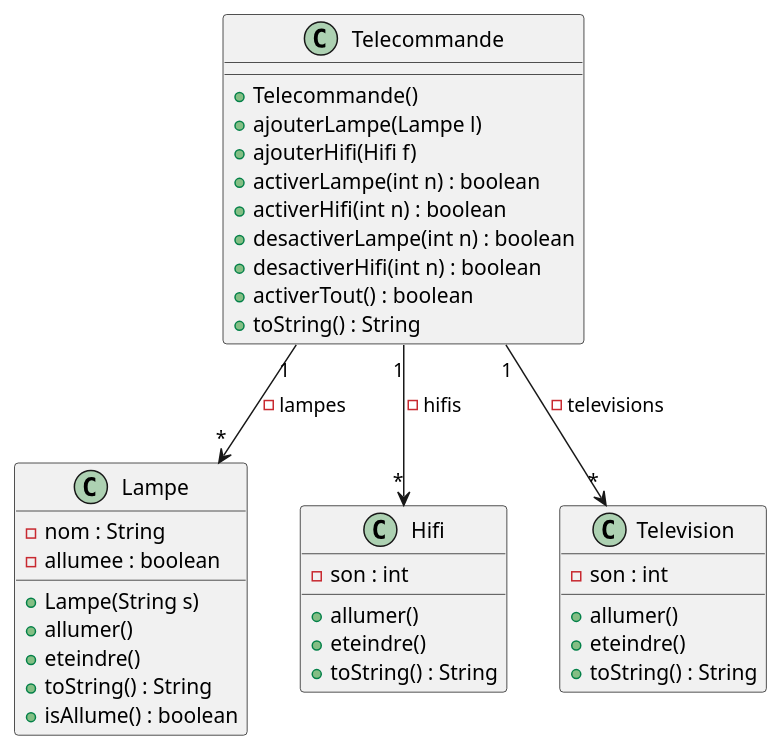
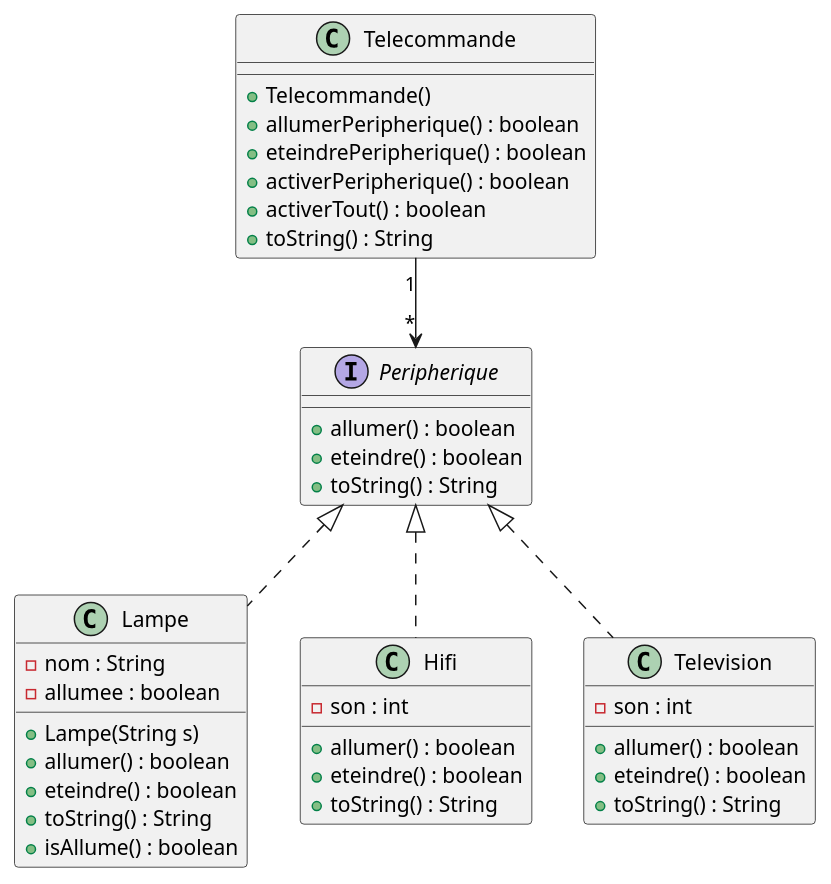
One commit to KeasCrimson/2026_coo_domotique.chaty.delvaux changed the diagram in TD04_delvaux_thomas/TD04.plantuml. Above: the diagram before and after it, drawn with PlantUML. The commit also changed 1 other file, not shown here.

Commit message:
Ajout du planteuml et de peripherique.java

```diff
--- a/TD04_delvaux_thomas/TD04.plantuml
+++ b/TD04_delvaux_thomas/TD04.plantuml
@@ -1,43 +1,46 @@
 @startuml
 
 '''class
 class Telecommande {
   + Telecommande()
-  + ajouterLampe(Lampe l)
-  + ajouterHifi(Hifi f)
-  + activerLampe(int n) : boolean
-  + activerHifi(int n) : boolean
-  + desactiverLampe(int n) : boolean
-  + desactiverHifi(int n) : boolean
+  + allumerPeripherique() : boolean
+  + eteindrePeripherique() : boolean
+  + activerPeripherique() : boolean
   + activerTout() : boolean
   + toString() : String
 }
 class Lampe {
   - nom : String
   - allumee : boolean
   + Lampe(String s)
-  + allumer()
-  + eteindre()
+  + allumer() : boolean
+  + eteindre() : boolean
   + toString() : String
   + isAllume() : boolean
 }
 
 class Hifi {
   - son : int
-  + allumer()
-  + eteindre()
+  + allumer() : boolean
+  + eteindre() : boolean
   + toString() : String
 }
 
 class Television {
   - son : int
-  + allumer()
-  + eteindre()
+  + allumer() : boolean
+  + eteindre() : boolean
+  + toString() : String
+}
+interface Peripherique {
+  + allumer() : boolean
+  + eteindre() : boolean
   + toString() : String
 }
 
 ''' relation
-Telecommande "1" --> "*" Lampe : - lampes
-Telecommande "1" --> "*" Hifi : - hifis
-Telecommande "1" --> "*" Television : - televisions
+Telecommande "1" --> "*" Peripherique
+Peripherique <|.. Lampe
+Peripherique <|.. Hifi
+Peripherique <|.. Television
 @enduml
```
